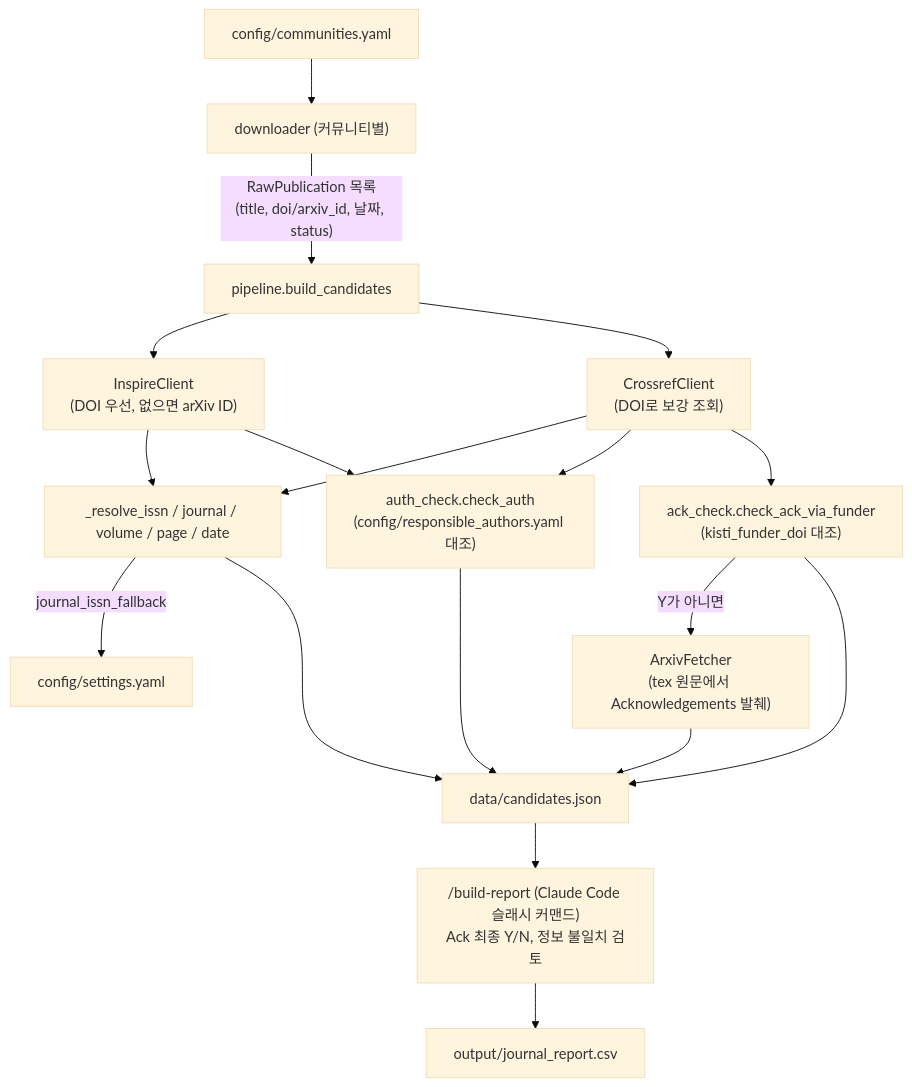
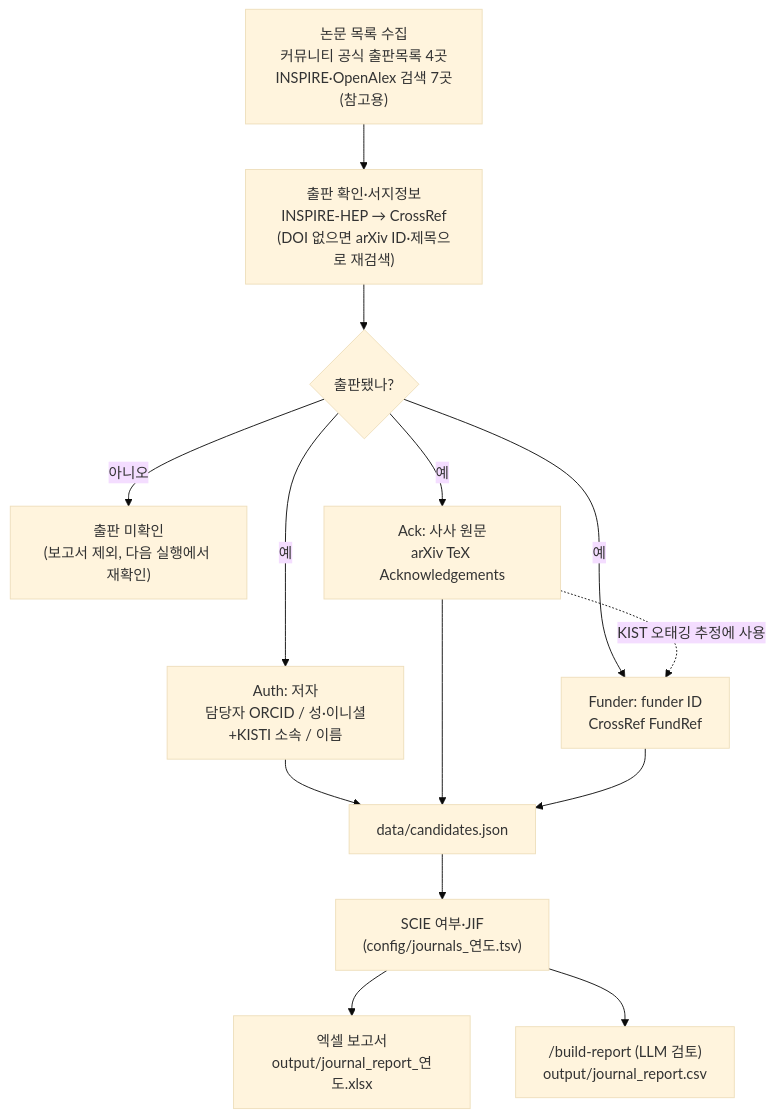
Before and after one commit to gsdc/journal_info_collector: the diagram in README.md, drawn with Mermaid (base theme). The commit also changed other lines of this file, not shown here.

First line of the commit message:
Rewrite README to match the current pipeline

````diff
--- a/README.md
+++ b/README.md
@@ -12,20 +17,17 @@
 ```mermaid
 flowchart TD
-    A["config/communities.yaml"] --> B["downloader (커뮤니티별)"]
-    B -->|"RawPublication 목록<br/>(title, doi/arxiv_id, 날짜, status)"| C["pipeline.build_candidates"]
-    C --> D["InspireClient<br/>(DOI 우선, 없으면 arXiv ID)"]
-    C --> E["CrossrefClient<br/>(DOI로 보강 조회)"]
-    D --> F["_resolve_issn / journal / volume / page / date"]
-    E --> F
-    F -->|"journal_issn_fallback"| G["config/settings.yaml"]
-    D --> H["auth_check.check_auth<br/>(config/responsible_authors.yaml 대조)"]
-    E --> H
-    E --> I["ack_check.check_ack_via_funder<br/>(kisti_funder_doi 대조)"]
-    I -->|"Y가 아니면"| J["ArxivFetcher<br/>(tex 원문에서 Acknowledgements 발췌)"]
-    H --> K["data/candidates.json"]
-    I --> K
-    J --> K
-    F --> K
-    K --> L["/build-report (Claude Code 슬래시 커맨드)<br/>Ack 최종 Y/N, 정보 불일치 검토"]
-    L --> M["output/journal_report.csv"]
+    A["논문 목록 수집<br/>커뮤니티 공식 출판목록 4곳<br/>INSPIRE·OpenAlex 검색 7곳(참고용)"]
+    A --> B["출판 확인·서지정보<br/>INSPIRE-HEP → CrossRef<br/>(DOI 없으면 arXiv ID·제목으로 재검색)"]
+    B --> C{"출판됐나?"}
+    C -- "아니오" --> U["출판 미확인<br/>(보고서 제외, 다음 실행에서 재확인)"]
+    C -- "예" --> AUTH["Auth: 저자<br/>담당자 ORCID / 성·이니셜+KISTI 소속 / 이름"]
+    C -- "예" --> ACK["Ack: 사사 원문<br/>arXiv TeX Acknowledgements"]
+    C -- "예" --> FUN["Funder: funder ID<br/>CrossRef FundRef"]
+    ACK -. "KIST 오태깅 추정에 사용" .-> FUN
+    AUTH --> J["data/candidates.json"]
+    ACK --> J
+    FUN --> J
+    J --> S["SCIE 여부·JIF<br/>(config/journals_연도.tsv)"]
+    S --> X["엑셀 보고서<br/>output/journal_report_연도.xlsx"]
+    S --> R["/build-report (LLM 검토)<br/>output/journal_report.csv"]
 ```
````
